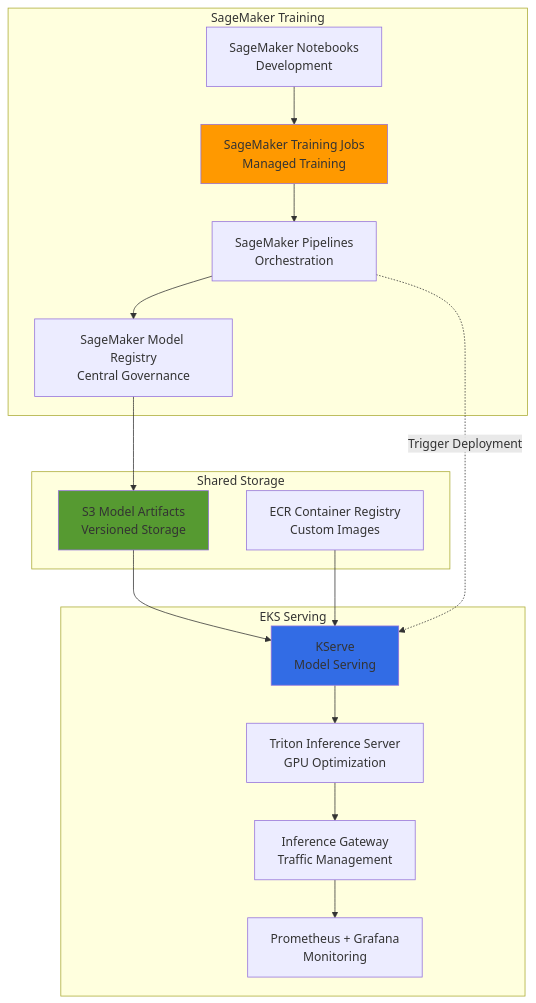
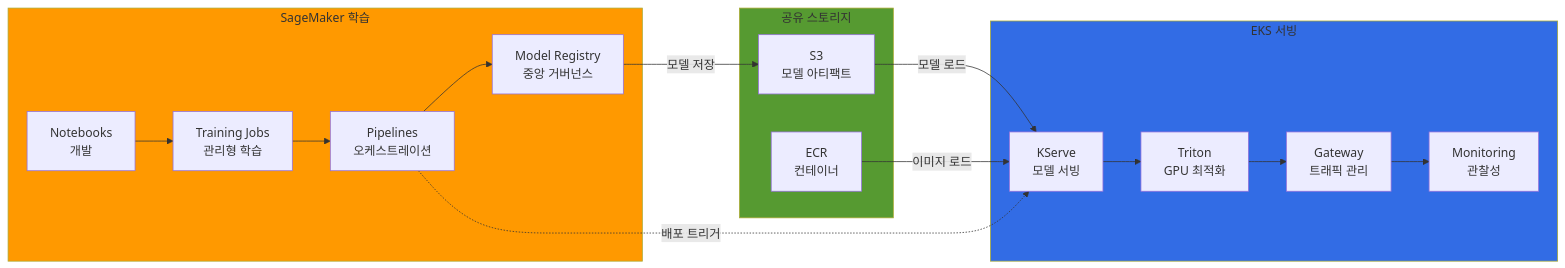
Before and after one commit to devfloor9/engineering-playbook: the first of 4 diagrams in docs/agentic-ai-platform/operations-mlops/sagemaker-eks-integration.md, drawn with Mermaid. The commit also changed other lines of this file and 24 other files, not shown here.

````diff
--- a/docs/agentic-ai-platform/operations-mlops/sagemaker-eks-integration.md
+++ b/docs/agentic-ai-platform/operations-mlops/sagemaker-eks-integration.md
@@ -33,38 +33,38 @@
 ```mermaid
-flowchart TB
-    subgraph "SageMaker Training"
-        SM_NB[SageMaker Notebooks<br/>Development]
-        SM_TRAIN[SageMaker Training Jobs<br/>Managed Training]
-        SM_PIPE[SageMaker Pipelines<br/>Orchestration]
-        SM_REG[SageMaker Model Registry<br/>Central Governance]
+flowchart LR
+    subgraph SageMaker["SageMaker 학습"]
+        SM_NB[Notebooks<br/>개발]
+        SM_TRAIN[Training Jobs<br/>관리형 학습]
+        SM_PIPE[Pipelines<br/>오케스트레이션]
+        SM_REG[Model Registry<br/>중앙 거버넌스]
     end
-    
-    subgraph "EKS Serving"
-        KSERVE[KServe<br/>Model Serving]
-        TRITON[Triton Inference Server<br/>GPU Optimization]
-        GATEWAY[Inference Gateway<br/>Traffic Management]
-        MONITOR[Prometheus + Grafana<br/>Monitoring]
+
+    subgraph Storage["공유 스토리지"]
+        S3[S3<br/>모델 아티팩트]
+        ECR[ECR<br/>컨테이너]
     end
-    
-    subgraph "Shared Storage"
-        S3[S3 Model Artifacts<br/>Versioned Storage]
-        ECR[ECR Container Registry<br/>Custom Images]
+
+    subgraph EKS["EKS 서빙"]
+        KSERVE[KServe<br/>모델 서빙]
+        TRITON[Triton<br/>GPU 최적화]
+        GATEWAY[Gateway<br/>트래픽 관리]
+        MONITOR[Monitoring<br/>관찰성]
     end
-    
+
     SM_NB --> SM_TRAIN
     SM_TRAIN --> SM_PIPE
     SM_PIPE --> SM_REG
-    SM_REG --> S3
-    
-    S3 --> KSERVE
-    ECR --> KSERVE
+    SM_REG -->|모델 저장| S3
+
+    S3 -->|모델 로드| KSERVE
+    ECR -->|이미지 로드| KSERVE
     KSERVE --> TRITON
     TRITON --> GATEWAY
     GATEWAY --> MONITOR
-    
-    SM_PIPE -.->|Trigger Deployment| KSERVE
-    
-    style SM_TRAIN fill:#ff9900
-    style KSERVE fill:#326ce5
-    style S3 fill:#569a31
+
+    SM_PIPE -.->|배포 트리거| KSERVE
+
+    style SageMaker fill:#ff9900
+    style Storage fill:#569a31
+    style EKS fill:#326ce5
 ```
````
